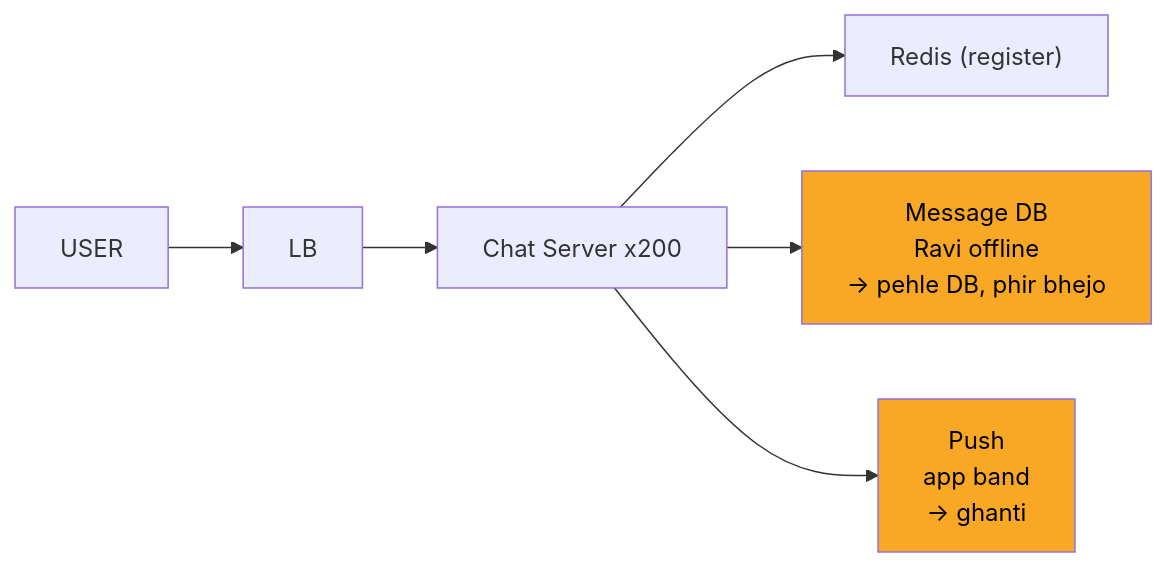
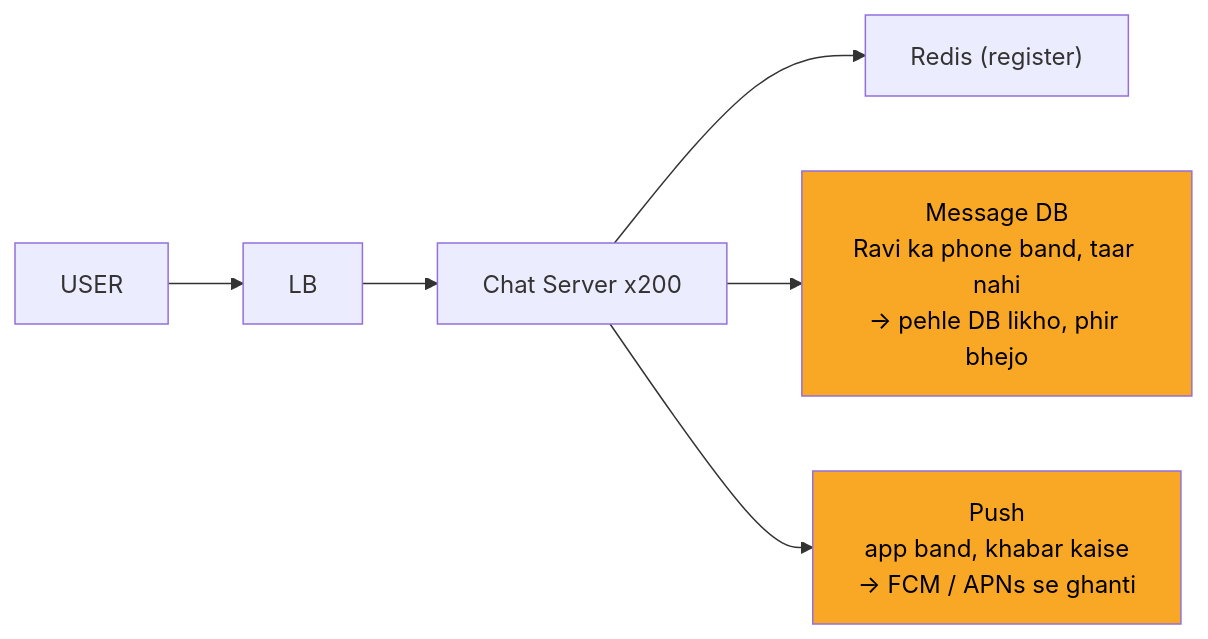
One commit to ArpanMaheshwari144/Prep changed the fourth of 12 diagrams in 04_HLD/SYSTEM_DESIGNS/14_chat_messaging/14_chat_messaging.md. Above: the diagram before and after it, drawn with Mermaid. The commit also changed other lines of this file, not shown here.

Commit message:
chat: audit fixes (msg_ts until card 6 brings seq, real NAHI answers, longer yellow labels, LB yellow, archetype footer, JAD KI BAAT moved)

````diff
--- a/04_HLD/SYSTEM_DESIGNS/14_chat_messaging/14_chat_messaging.md
+++ b/04_HLD/SYSTEM_DESIGNS/14_chat_messaging/14_chat_messaging.md
@@ -186,16 +178,16 @@
 ```mermaid
 flowchart LR
     n_U["USER"]
     n_LB["LB"]
     n_CS["Chat Server x200"]
     n_R["Redis (register)"]
-    n_DB["Message DB<br/>Ravi offline<br/>-> pehle DB, phir bhejo"]
-    n_P["Push<br/>app band<br/>-> ghanti"]
+    n_DB["Message DB<br/>Ravi ka phone band, taar nahi<br/>-> pehle DB likho, phir bhejo"]
+    n_P["Push<br/>app band, khabar kaise<br/>-> FCM / APNs se ghanti"]
     n_U --> n_LB
     n_LB --> n_CS
     n_CS --> n_R
     n_CS --> n_DB
     n_CS --> n_P
     style n_DB fill:#f9a825,color:#000
     style n_P fill:#f9a825,color:#000
 ```
````
